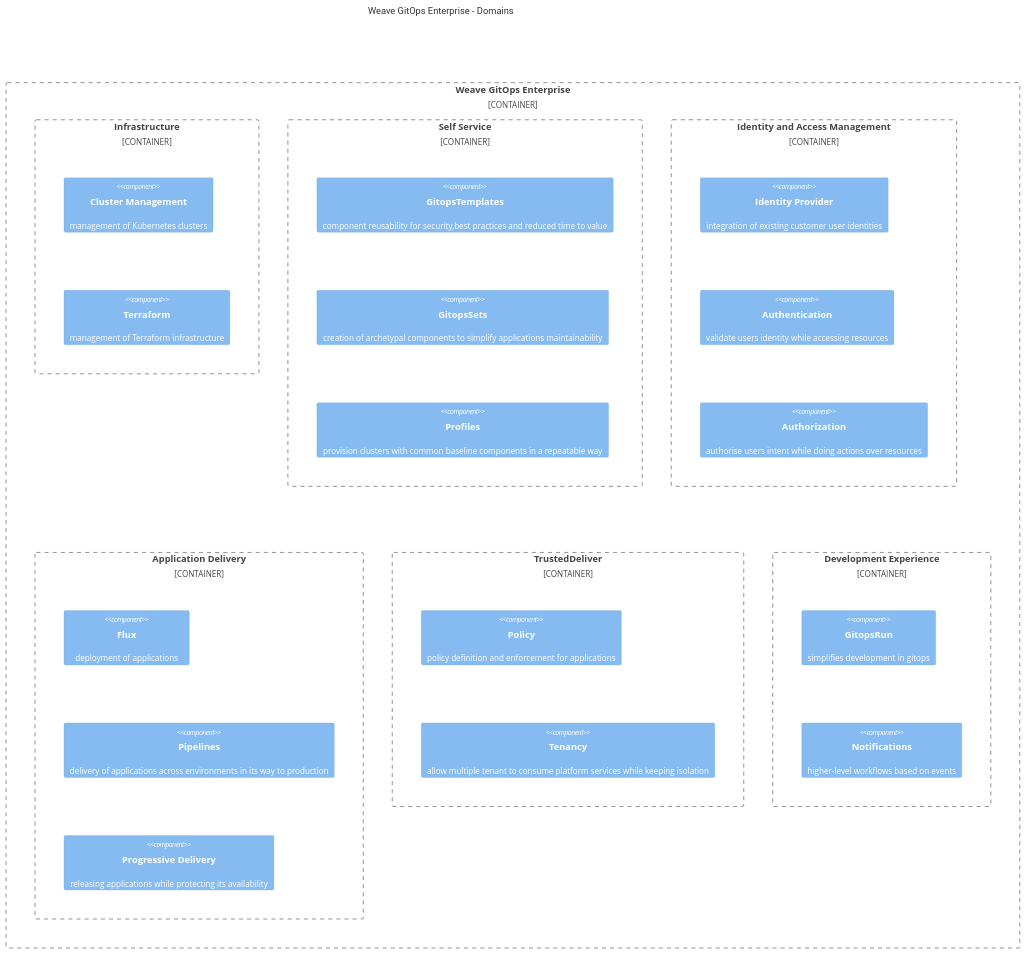
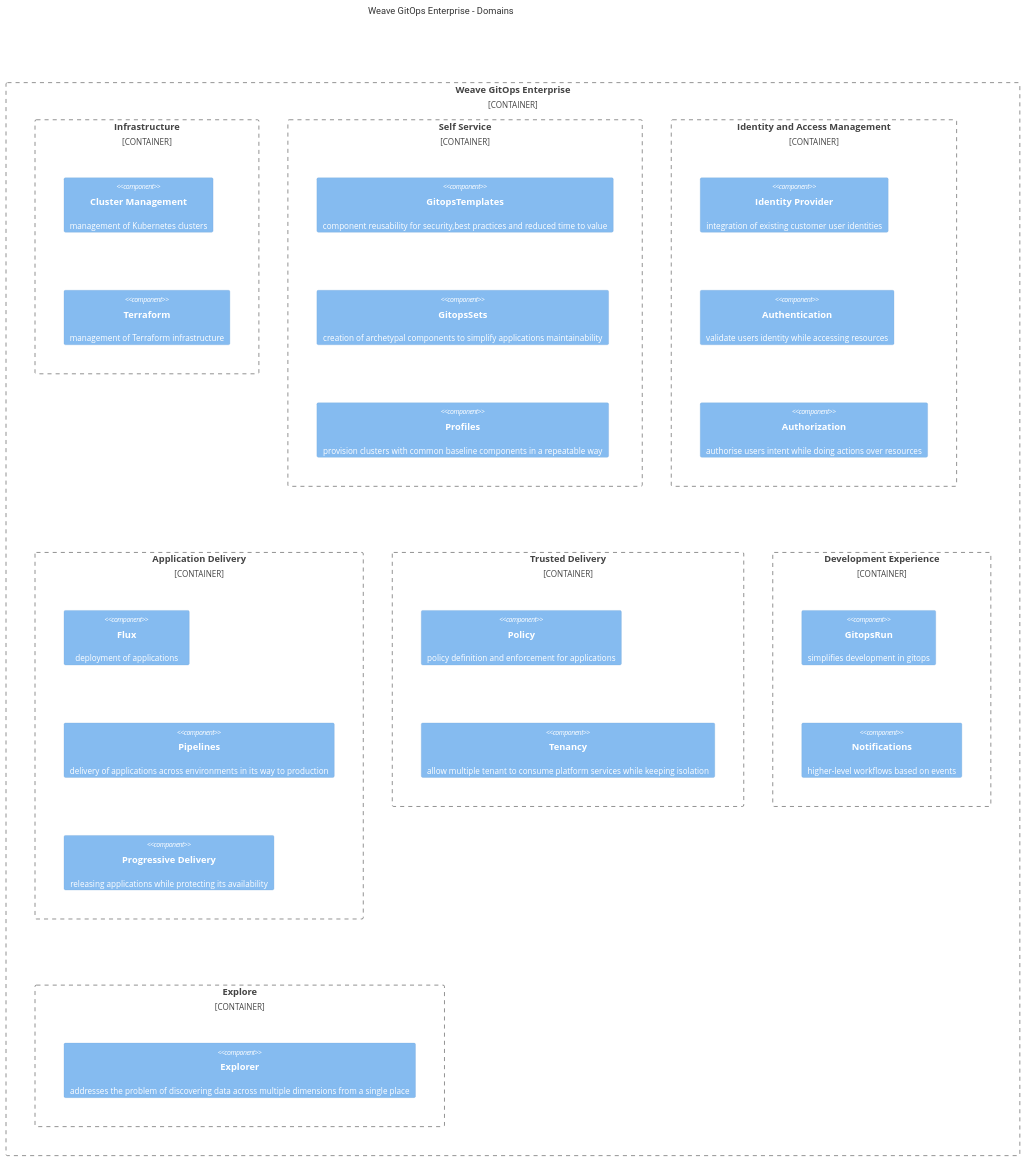
Before and after one commit to weaveworks/weave-gitops-enterprise: the third of 3 diagrams in docs/architecture/README.md, drawn with Mermaid. The commit also changed other lines of this file and 1 other file, not shown here.

Commit message:
add explorer architectural docs

````diff
--- a/docs/architecture/README.md
+++ b/docs/architecture/README.md
@@ -341,35 +342,37 @@
 ```mermaid
 C4Container
     title Weave GitOps Enterprise - Domains
     Container_Boundary(WeaveGitopsEnterprise, "Weave GitOps Enterprise") {
           Container_Boundary(Infrastructure, "Infrastructure") {
             Component(ClusterManagement, "Cluster Management",, "management of Kubernetes clusters")
             Component(Terraform, "Terraform",, "management of Terraform infrastructure")
           }
           Container_Boundary(SelfService, "Self Service") {
              Component(Templates, "GitopsTemplates",, "component reusability for security,best practices and reduced time to value")
              Component(GitopSets, "GitopsSets",, "creation of archetypal components to simplify applications maintainability")
              Component(Profiles, "Profiles",, "provision clusters with common baseline components in a repeatable way")
           }
           Container_Boundary(IAM, "Identity and Access Management") {
              Component(Idp, "Identity Provider",, "integration of existing customer user identities")
              Component(Authentication, "Authentication",, "validate users identity while accessing resources")
              Component(Authorization, "Authorization",, "authorise users intent while doing actions over resources")
           }
           Container_Boundary(ApplicationDelivery, "Application Delivery") {
              Component(Flux, "Flux",, "deployment of applications")
              Component(Pipelines, "Pipelines",, "delivery of applications across environments in its way to production")
              Component(ProgressiveDelivery, "Progressive Delivery",, "releasing applications while protecting its availability")
           }
-          Container_Boundary(TrustedDelivery, "TrustedDeliver") {
+          Container_Boundary(TrustedDelivery, "Trusted Delivery") {
             Component(Policy, "Policy",, "policy definition and enforcement for applications")
             Component(Tenancy, "Tenancy",, "allow multiple tenant to consume platform services while keeping isolation")
           }
           Container_Boundary(DevEx, "Development Experience") {
              Component(GitopsRun, "GitopsRun",, "simplifies development in gitops")
              Component(Notifications, "Notifications",, "higher-level workflows based on events")
           }
-
+        Container_Boundary(Explore, "Explore") {
+            Component(Explorer, "Explorer",, "addresses the problem of discovering data across multiple dimensions from a single place")
+        }
     }
     UpdateLayoutConfig($c4ShapeInRow="1", $c4BoundaryInRow="3")               
 ```
````
